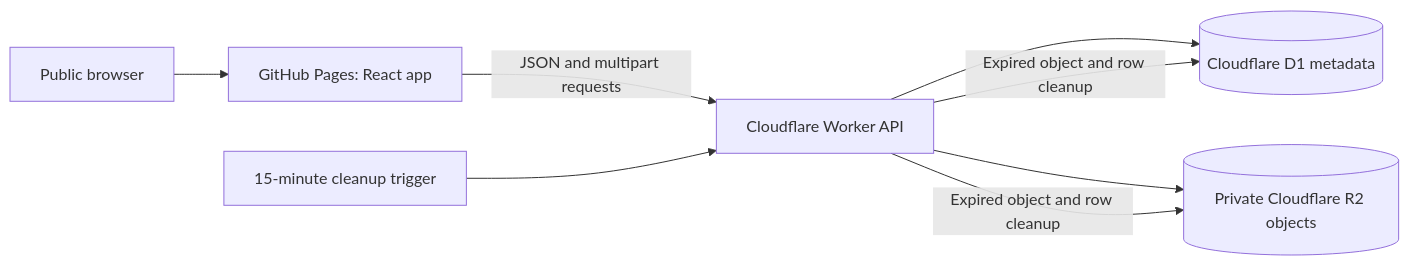
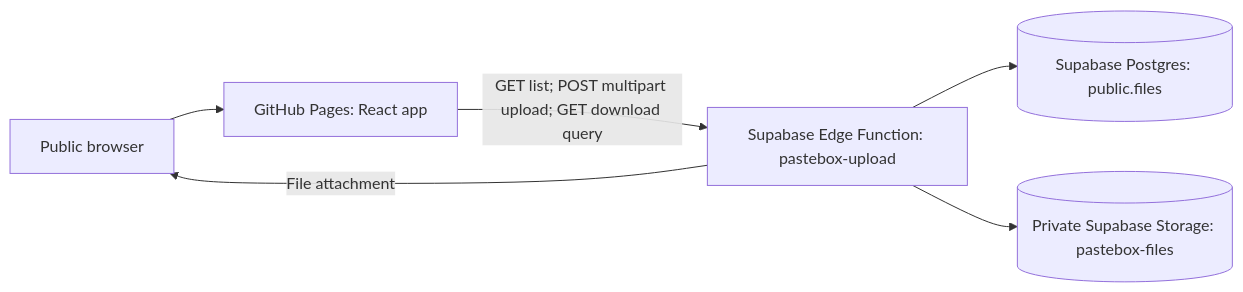
Before and after one commit to nullinam/PASTEBOX: the diagram in docs/ARCHITECTURE.md, drawn with Mermaid. The commit also changed other lines of this file, not shown here.

Commit message:
Document Supabase Pastebox architecture

````diff
--- a/docs/ARCHITECTURE.md
+++ b/docs/ARCHITECTURE.md
@@ -5,16 +5,13 @@
 ```mermaid
 flowchart LR
   Browser[Public browser]
   Pages[GitHub Pages: React app]
-  Worker[Cloudflare Worker API]
-  D1[(Cloudflare D1 metadata)]
-  R2[(Private Cloudflare R2 objects)]
-  Cron[15-minute cleanup trigger]
+  Function[Supabase Edge Function: pastebox-upload]
+  DB[(Supabase Postgres: public.files)]
+  Bucket[(Private Supabase Storage: pastebox-files)]
   Browser --> Pages
-  Pages -->|JSON and multipart requests| Worker
-  Worker --> D1
-  Worker --> R2
-  Cron --> Worker
-  Worker -->|Expired object and row cleanup| R2
-  Worker -->|Expired object and row cleanup| D1
+  Pages -->|GET list; POST multipart upload; GET download query| Function
+  Function --> DB
+  Function --> Bucket
+  Function -->|File attachment| Browser
 ```
````
